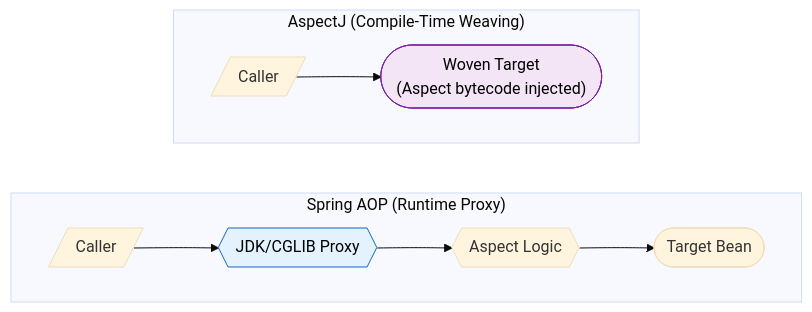
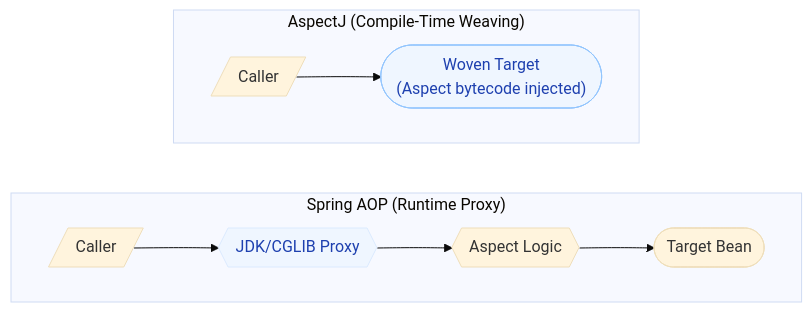
One commit to saivamsikaruturi/vamsilabs-dev-notes-main changed the sixth of 6 diagrams in docs/springboot/aop.md. Above: the diagram before and after it, drawn with Mermaid (base theme). The commit also changed other lines of this file and 220 other files, not shown here.

First line of the commit message:
Add 50+ new Java/Spring Boot pages, rewrite CSS code blocks to Oracle style, fix all diagram colors

````diff
--- a/docs/springboot/aop.md
+++ b/docs/springboot/aop.md
@@ -856,17 +856,17 @@
 ```mermaid
 flowchart LR
     subgraph Spring["Spring AOP (Runtime Proxy)"]
         direction LR
         SC[/"Caller"/] --> SP{{"JDK/CGLIB Proxy"}}
         SP --> SA{{"Aspect Logic"}}
         SA --> ST(["Target Bean"])
     end
 
     subgraph AspectJ["AspectJ (Compile-Time Weaving)"]
         direction LR
         AC[/"Caller"/] --> AT(["Woven Target<br/>(Aspect bytecode injected)"])
     end
 
-    style SP fill:#E3F2FD,stroke:#1565C0,color:#000
-    style AT fill:#F3E5F5,stroke:#7B1FA2,color:#000
+    style SP fill:#EFF6FF,stroke:#DBEAFE,color:#1E40AF
+    style AT fill:#EFF6FF,stroke:#93C5FD,color:#1E40AF
 ```
````
